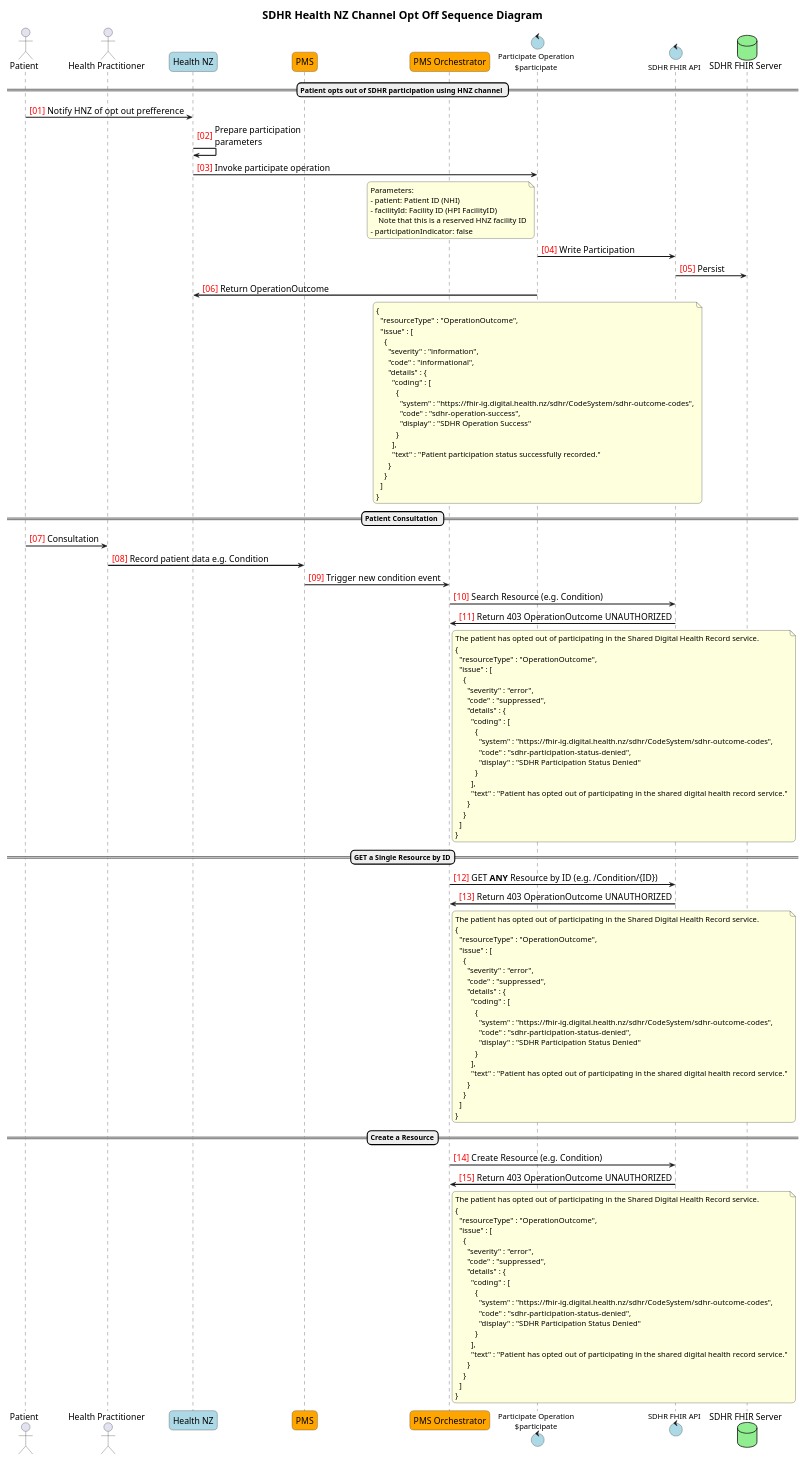
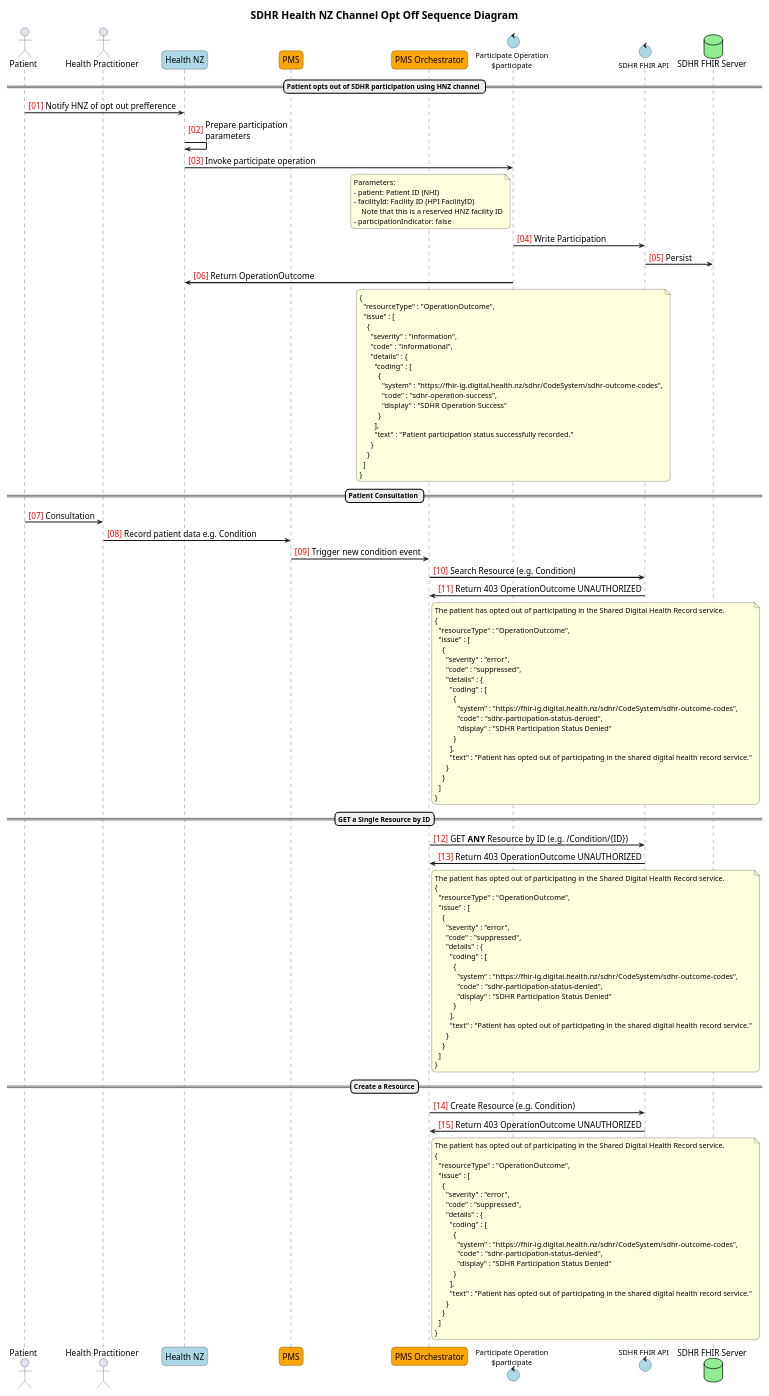
The diagram in input/images-source/participate-sequence-hnzoptoff.plantuml (tewhatuora/fhir-sdhr), drawn with PlantUML before and after one commit. The commit also changed 3 other files, not shown here.

```diff
--- a/input/images-source/participate-sequence-hnzoptoff.plantuml
+++ b/input/images-source/participate-sequence-hnzoptoff.plantuml
@@ -1,159 +1,158 @@
 @startuml
 
 title SDHR Health NZ Channel Opt Off Sequence Diagram
 
 autonumber "<color:Red>[00]"
 
 skinparam ActorFontSize 16
 skinparam ArrowFontSize 12
 skinparam ArrowFontSize 16
 skinparam BoxPadding 5
 skinparam DatabaseFontSize 16
 skinparam dpi 400
 skinparam EntityFontSize 16
 skinparam MaxMessageSize 375
 skinparam NoteFontSize 14
 skinparam ParticipantFontSize 16
 skinparam ParticipantPadding 5
 skinparam responseMessageBelowArrow true
 skinparam roundcorner 15
 skinparam sequenceArrowThickness 2
 skinparam SequenceBoxFontSize 16
 skinparam sequencegroupfontsize 14
 skinparam SequenceMessageAlignment left
 skinparam sequenceStyle uml2
 skinparam TitleFontSize 20
 ' semi-transparent sequence groups!
 ' see https://sarafian.github.io/tips/2021/03/11/plantuml-tips-tricks-1.html#:~:text=responseMessageBelowArrow-,Semi,-transparent%20group%20backgrounds
 skinparam SequenceGroupBodyBackgroundColor #EEEEFF50
 
-scale max 400 width
-scale 300*500
+scale max 260 width
 
 actor "Patient" as Patient
 actor "Health Practitioner" as USER
 participant "Health NZ" as HNZ #LightBlue
 participant "PMS" as APIC #Orange
 participant "PMS Orchestrator" as ORCHESTRATOR #Orange
 control "Participate Operation\n$participate" as PARTICIPATE #LightBlue
 control "SDHR FHIR API" as FHIRAPI #LightBlue
 database "SDHR FHIR Server" as SDHR #LightGreen
 
 == Patient opts out of SDHR participation using HNZ channel ==
 Patient -> HNZ : Notify HNZ of opt out prefference
 HNZ -> HNZ : Prepare participation\nparameters
 HNZ -> PARTICIPATE : Invoke participate operation
 note left of PARTICIPATE
   Parameters:
   - patient: Patient ID (NHI)
   - facilityId: Facility ID (HPI FacilityID)
       Note that this is a reserved HNZ facility ID
   - participationIndicator: false
 end note
 PARTICIPATE -> FHIRAPI : Write Participation
 FHIRAPI -> SDHR : Persist
 PARTICIPATE -> HNZ : Return OperationOutcome
 note over PARTICIPATE
 {
   "resourceType" : "OperationOutcome",
   "issue" : [
     {
       "severity" : "information",
       "code" : "informational",
       "details" : {
         "coding" : [
           {
             "system" : "https://fhir-ig.digital.health.nz/sdhr/CodeSystem/sdhr-outcome-codes",
             "code" : "sdhr-operation-success",
             "display" : "SDHR Operation Success"
           }
         ],
         "text" : "Patient participation status successfully recorded."
       }
     }
   ]
 }
 end note
 
 == Patient Consultation ==
 Patient -> USER : Consultation
 USER -> APIC : Record patient data e.g. Condition
 APIC -> ORCHESTRATOR : Trigger new condition event
 ORCHESTRATOR -> FHIRAPI : Search Resource (e.g. Condition)
 FHIRAPI -> ORCHESTRATOR : Return 403 OperationOutcome UNAUTHORIZED
 note right of ORCHESTRATOR
 The patient has opted out of participating in the Shared Digital Health Record service.
 {
   "resourceType" : "OperationOutcome",
   "issue" : [
     {
       "severity" : "error",
       "code" : "suppressed",
       "details" : {
         "coding" : [
           {
             "system" : "https://fhir-ig.digital.health.nz/sdhr/CodeSystem/sdhr-outcome-codes",
             "code" : "sdhr-participation-status-denied",
             "display" : "SDHR Participation Status Denied"
           }
         ],
         "text" : "Patient has opted out of participating in the shared digital health record service."
       }
     }
   ]
 }
 end note
 
 ==GET a Single Resource by ID==
 ORCHESTRATOR -> FHIRAPI : GET **ANY** Resource by ID (e.g. /Condition/{ID})
 FHIRAPI -> ORCHESTRATOR : Return 403 OperationOutcome UNAUTHORIZED
 note right of ORCHESTRATOR
 The patient has opted out of participating in the Shared Digital Health Record service.
 {
   "resourceType" : "OperationOutcome",
   "issue" : [
     {
       "severity" : "error",
       "code" : "suppressed",
       "details" : {
         "coding" : [
           {
             "system" : "https://fhir-ig.digital.health.nz/sdhr/CodeSystem/sdhr-outcome-codes",
             "code" : "sdhr-participation-status-denied",
             "display" : "SDHR Participation Status Denied"
           }
         ],
         "text" : "Patient has opted out of participating in the shared digital health record service."
       }
     }
   ]
 }
 end note
 
 ==Create a Resource==
 ORCHESTRATOR -> FHIRAPI : Create Resource (e.g. Condition)
 FHIRAPI -> ORCHESTRATOR : Return 403 OperationOutcome UNAUTHORIZED
 note right of ORCHESTRATOR
 The patient has opted out of participating in the Shared Digital Health Record service.
 {
   "resourceType" : "OperationOutcome",
   "issue" : [
     {
       "severity" : "error",
       "code" : "suppressed",
       "details" : {
         "coding" : [
           {
             "system" : "https://fhir-ig.digital.health.nz/sdhr/CodeSystem/sdhr-outcome-codes",
             "code" : "sdhr-participation-status-denied",
             "display" : "SDHR Participation Status Denied"
           }
         ],
         "text" : "Patient has opted out of participating in the shared digital health record service."
       }
     }
   ]
 }
 end note
 
 @enduml
```
